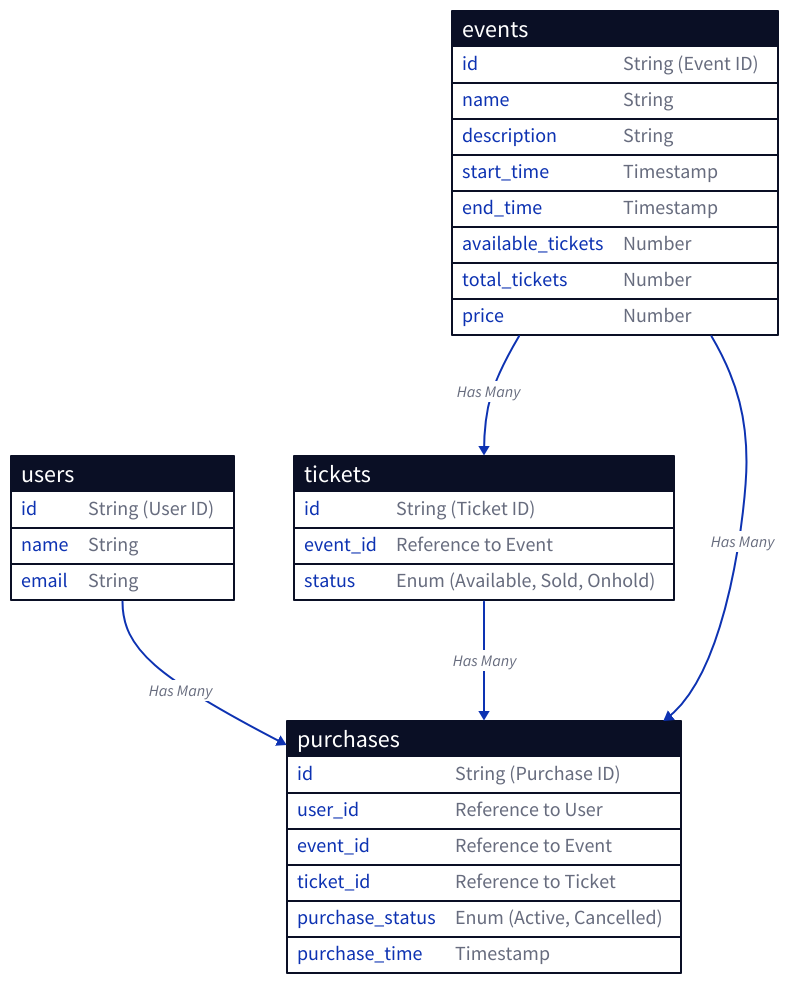
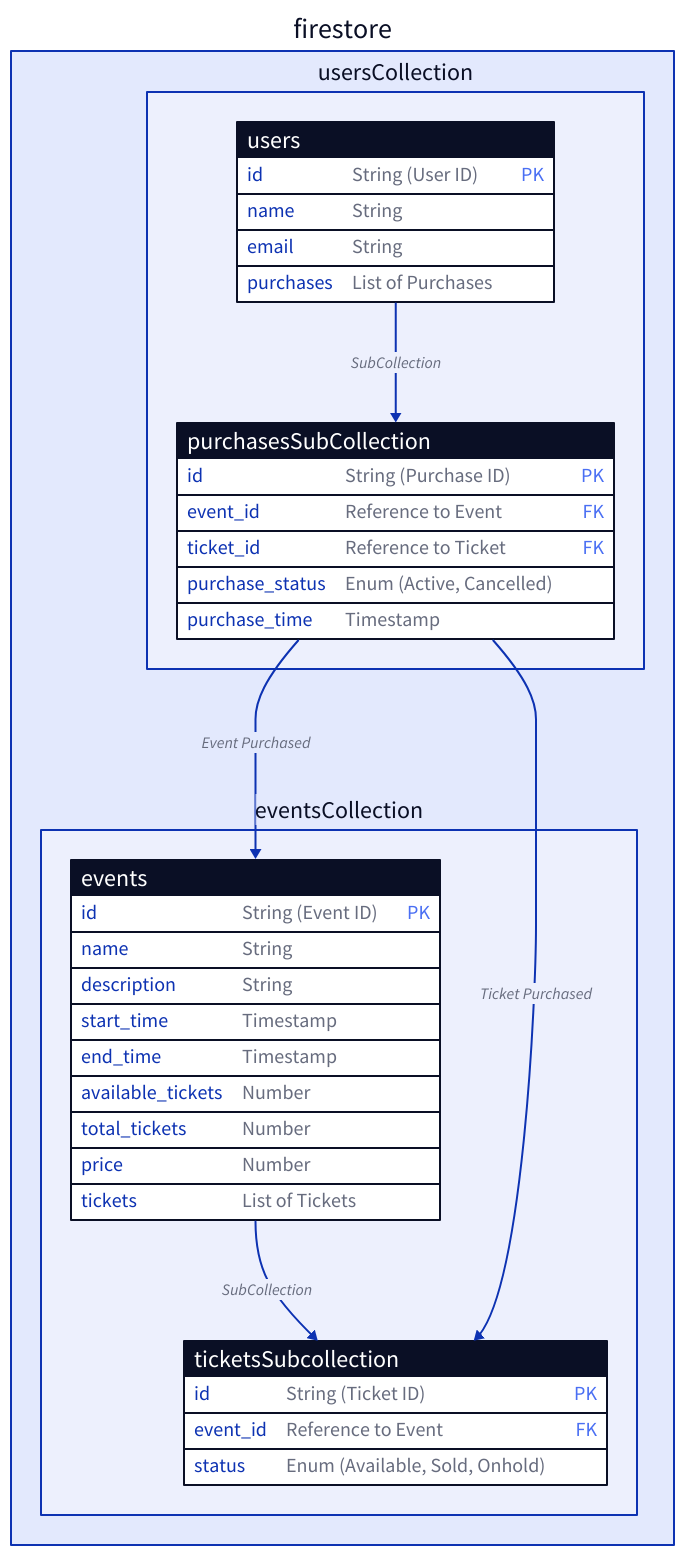
One commit to malikalbeik/Carv-Coding-Challenge changed the diagram in architecture/data-model.d2. Above: the diagram before and after it, drawn with D2. The commit also changed 1 other file, not shown here.

```diff
--- a/architecture/data-model.d2
+++ b/architecture/data-model.d2
@@ -1,40 +1,46 @@
-events: {
-  shape: sql_table
-  id: "String (Event ID)"
-  name: "String"
-  description: "String"
-  start_time: "Timestamp"
-  end_time: "Timestamp"
-  available_tickets: "Number"
-  total_tickets: "Number"
-  price: "Number"
+firestore: {
+  eventsCollection: {
+    events: {
+      shape: sql_table
+      id: "String (Event ID)" {constraint: primary_key}
+      name: "String"
+      description: "String"
+      start_time: "Timestamp"
+      end_time: "Timestamp"
+      available_tickets: "Number"
+      total_tickets: "Number"
+      price: "Number"
+      tickets: "List of Tickets"
+    }
+
+    ticketsSubcollection: {
+      shape: sql_table
+      id: "String (Ticket ID)" {constraint: primary_key}
+      event_id: "Reference to Event" {constraint: foreign_key}
+      status: "Enum (Available, Sold, Onhold)"
+    }
+  }
+
+  usersCollection: {
+    users: {
+      shape: sql_table
+      id: "String (User ID)" {constraint: primary_key}
+      name: "String"
+      email: "String"
+      purchases: "List of Purchases"
+    }
+    purchasesSubCollection: {
+      shape: sql_table
+      id: "String (Purchase ID)" {constraint: primary_key}
+      event_id: "Reference to Event" {constraint: foreign_key}
+      ticket_id: "Reference to Ticket" {constraint: foreign_key}
+      purchase_status: "Enum (Active, Cancelled)"
+      purchase_time: "Timestamp"
+    }
+  }
 }
 
-tickets: {
-  shape: sql_table
-  id: "String (Ticket ID)"
-  event_id: "Reference to Event"
-  status: "Enum (Available, Sold, Onhold)"
-}
-
-users: {
-  shape: sql_table
-  id: "String (User ID)"
-  name: "String"
-  email: "String"
-}
-
-purchases: {
-  shape: sql_table
-  id: "String (Purchase ID)"
-  user_id: "Reference to User"
-  event_id: "Reference to Event"
-  ticket_id: "Reference to Ticket"
-  purchase_status: "Enum (Active, Cancelled)"
-  purchase_time: "Timestamp"
-}
-
-events -> tickets: "Has Many"
-users -> purchases: "Has Many"
-tickets -> purchases: "Has Many"
-events -> purchases: "Has Many"
+firestore.eventsCollection.events.tickets -> firestore.eventsCollection.ticketsSubcollection: "SubCollection"
+firestore.usersCollection.users.purchases -> firestore.usersCollection.purchasesSubCollection: "SubCollection"
+firestore.usersCollection.purchasesSubCollection.event_id -> firestore.eventsCollection.events: "Event Purchased"
+firestore.usersCollection.purchasesSubCollection.ticket_id -> firestore.eventsCollection.ticketsSubcollection: "Ticket Purchased"
```
